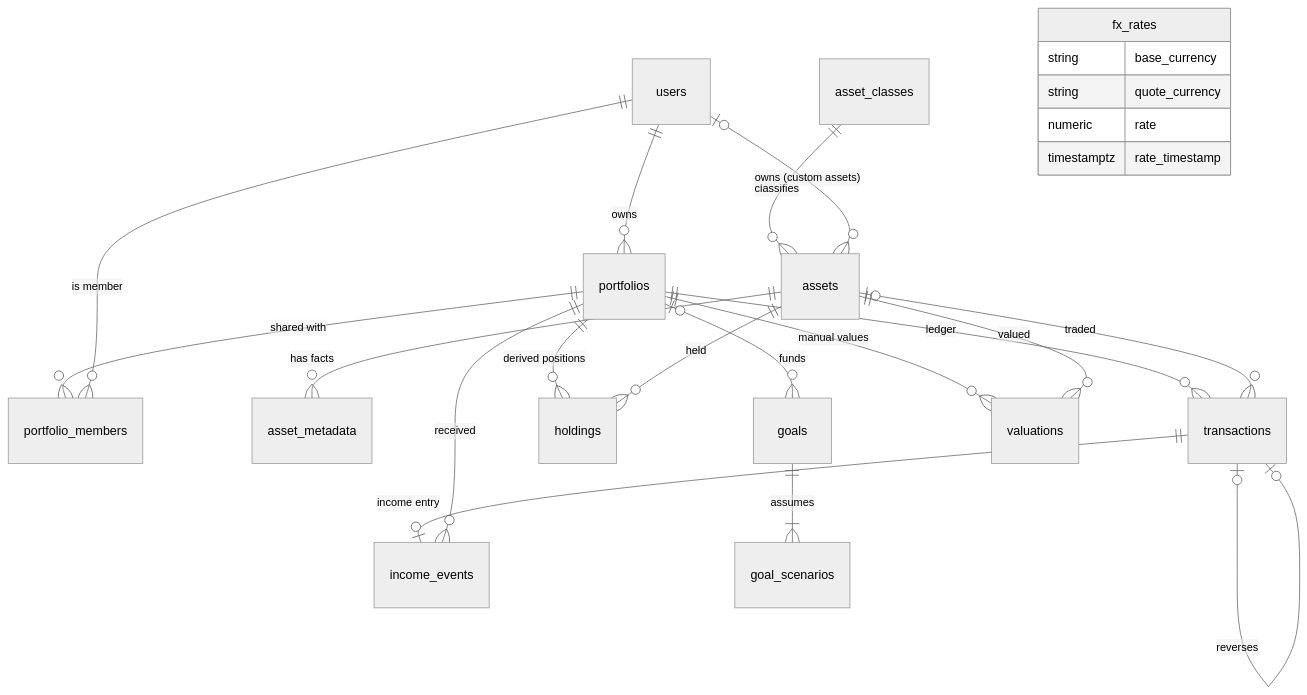
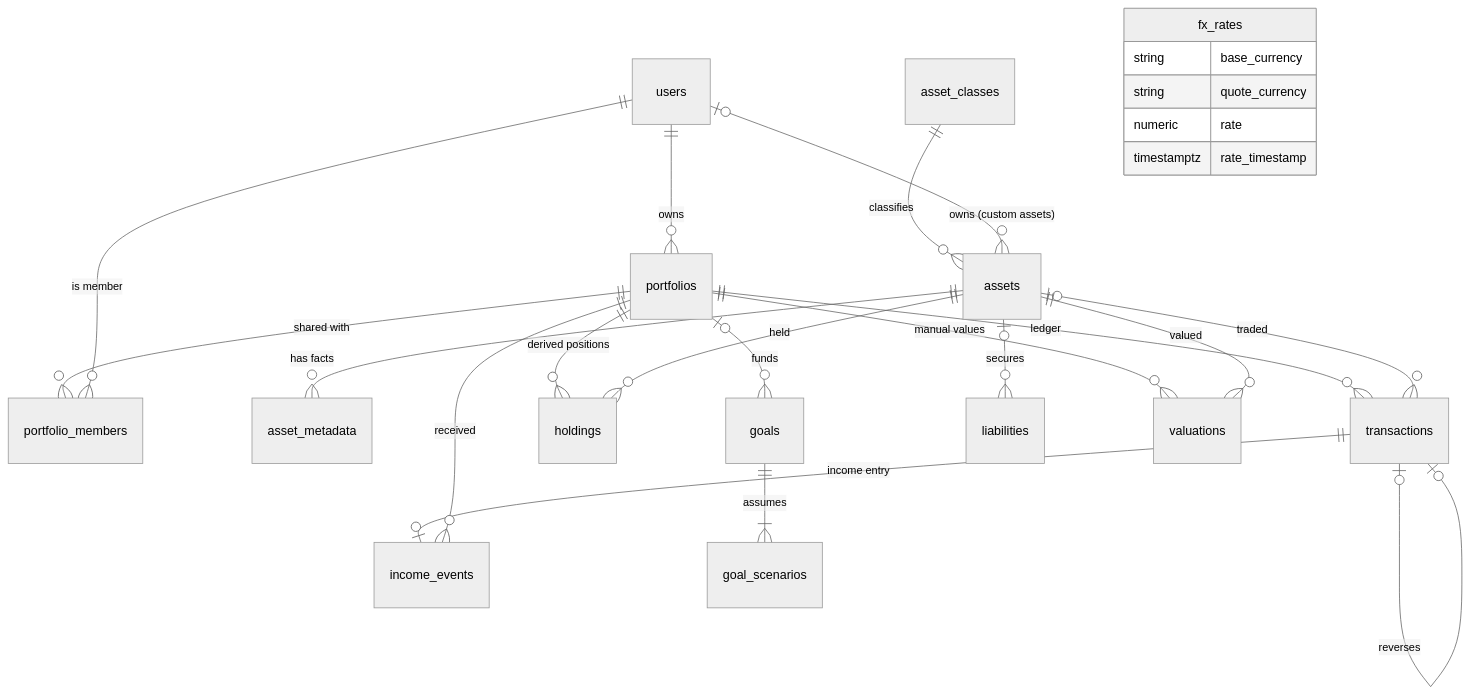
Before and after one commit to kmdmtisya/KMD-Sphere-V2: the diagram in docs/design/data-model.md, drawn with Mermaid (neutral theme). The commit also changed other lines of this file and 25 other files, not shown here.

````diff
--- a/docs/design/data-model.md
+++ b/docs/design/data-model.md
@@ -7,26 +7,27 @@
 ```mermaid
 erDiagram
   users ||--o{ portfolios : owns
   portfolios ||--o{ portfolio_members : "shared with"
   users ||--o{ portfolio_members : "is member"
   asset_classes ||--o{ assets : classifies
   users |o--o{ assets : "owns (custom assets)"
   assets ||--o{ asset_metadata : "has facts"
   portfolios ||--o{ transactions : "ledger"
   assets |o--o{ transactions : "traded"
   transactions |o--o| transactions : "reverses"
   portfolios ||--o{ holdings : "derived positions"
   assets ||--o{ holdings : "held"
   transactions ||--o| income_events : "income entry"
   portfolios ||--o{ income_events : "received"
   portfolios |o--o{ goals : "funds"
   goals ||--|{ goal_scenarios : "assumes"
+  assets |o--o{ liabilities : "secures"
   portfolios ||--o{ valuations : "manual values"
   assets ||--o{ valuations : "valued"
   fx_rates {
     string base_currency
     string quote_currency
     numeric rate
     timestamptz rate_timestamp
   }
 ```
````
